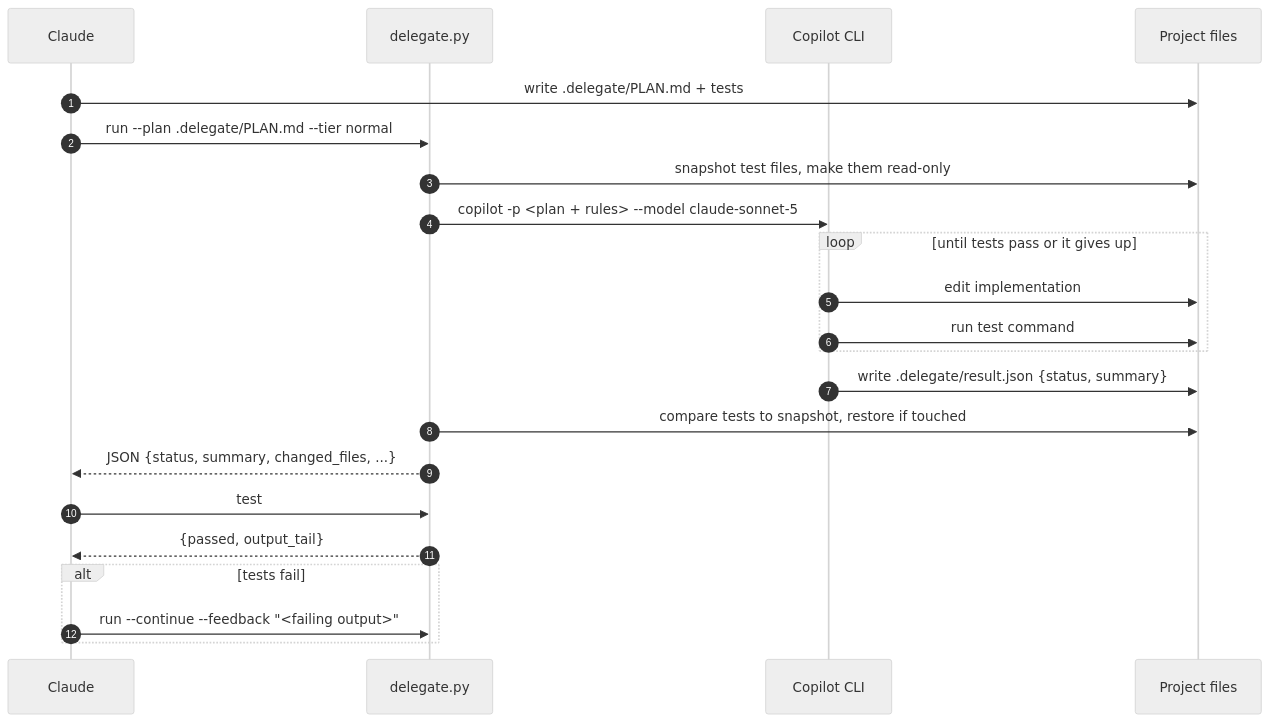
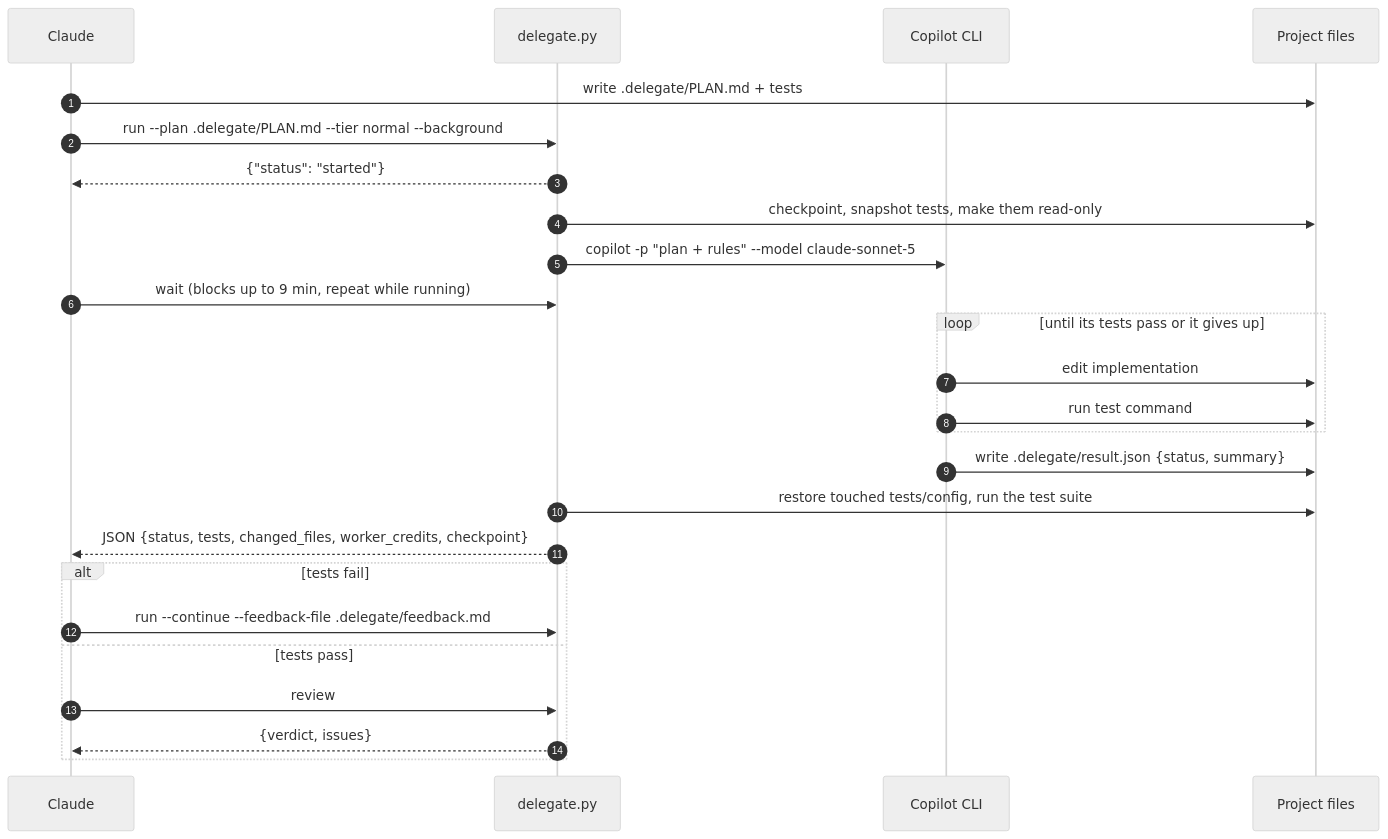
The second of 7 diagrams in README.md (gaztrabisme/claude-subagent-delegation), drawn with Mermaid (neutral theme) before and after one commit. The commit also changed other lines of this file and 12 other files, not shown here.

````diff
--- a/README.md
+++ b/README.md
@@ -64,25 +75,28 @@
 ```mermaid
 sequenceDiagram
     autonumber
     participant C as Claude
     participant R as delegate.py
     participant W as Copilot CLI
     participant FS as Project files
 
     C->>FS: write .delegate/PLAN.md + tests
-    C->>R: run --plan .delegate/PLAN.md --tier normal
-    R->>FS: snapshot test files, make them read-only
-    R->>W: copilot -p <plan + rules> --model claude-sonnet-5
-    loop until tests pass or it gives up
+    C->>R: run --plan .delegate/PLAN.md --tier normal --background
+    R-->>C: {"status": "started"}
+    R->>FS: checkpoint, snapshot tests, make them read-only
+    R->>W: copilot -p "plan + rules" --model claude-sonnet-5
+    C->>R: wait (blocks up to 9 min, repeat while running)
+    loop until its tests pass or it gives up
         W->>FS: edit implementation
         W->>FS: run test command
     end
     W->>FS: write .delegate/result.json {status, summary}
-    R->>FS: compare tests to snapshot, restore if touched
-    R-->>C: JSON {status, summary, changed_files, ...}
-    C->>R: test
-    R-->>C: {passed, output_tail}
+    R->>FS: restore touched tests/config, run the test suite
+    R-->>C: JSON {status, tests, changed_files, worker_credits, checkpoint}
     alt tests fail
-        C->>R: run --continue --feedback "<failing output>"
+        C->>R: run --continue --feedback-file .delegate/feedback.md
+    else tests pass
+        C->>R: review
+        R-->>C: {verdict, issues}
     end
 ```
````
